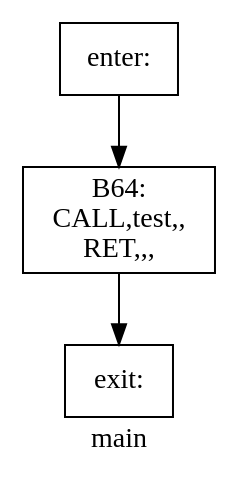
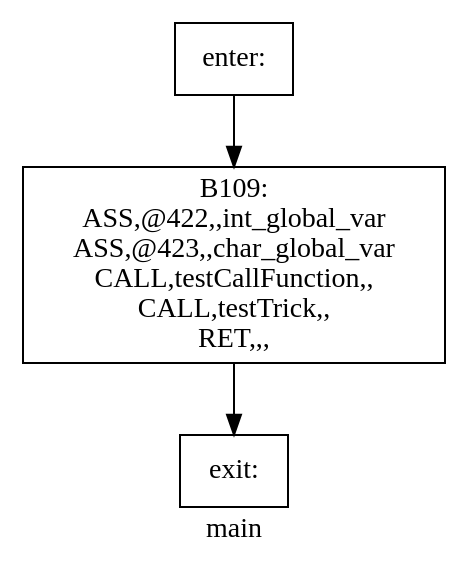
One commit to yifan123/Compiler changed the diagram in Compiler/basic_block/dot/main.dot. Above: the diagram before and after it, drawn with Graphviz. The commit also changed 24 other files, not shown here.

Commit message:
整个编译器已经完工，优化已做了：  … 1. 常量折叠 2. 划分基本块并使用graphviz绘制控制流图 3. 在parser时直接将所有常量的值计算出来 接下来准备做： 1. 还没想好，可能是数据流......

```diff
--- a/Compiler/basic_block/dot/main.dot
+++ b/Compiler/basic_block/dot/main.dot
@@ -1,8 +1,8 @@
 digraph main{
 label =main
-B64[label="B64:\nCALL,test,,\nRET,,,\n" shape=box]
+B109[label="B109:\nASS,@422,,int_global_var\nASS,@423,,char_global_var\nCALL,testCallFunction,,\nCALL,testTrick,,\nRET,,,\n" shape=box]
 enter[label="enter:\n" shape=box]
 exit[label="exit:\n" shape=box]
-B64->exit
-enter->B64
+B109->exit
+enter->B109
 }
```
